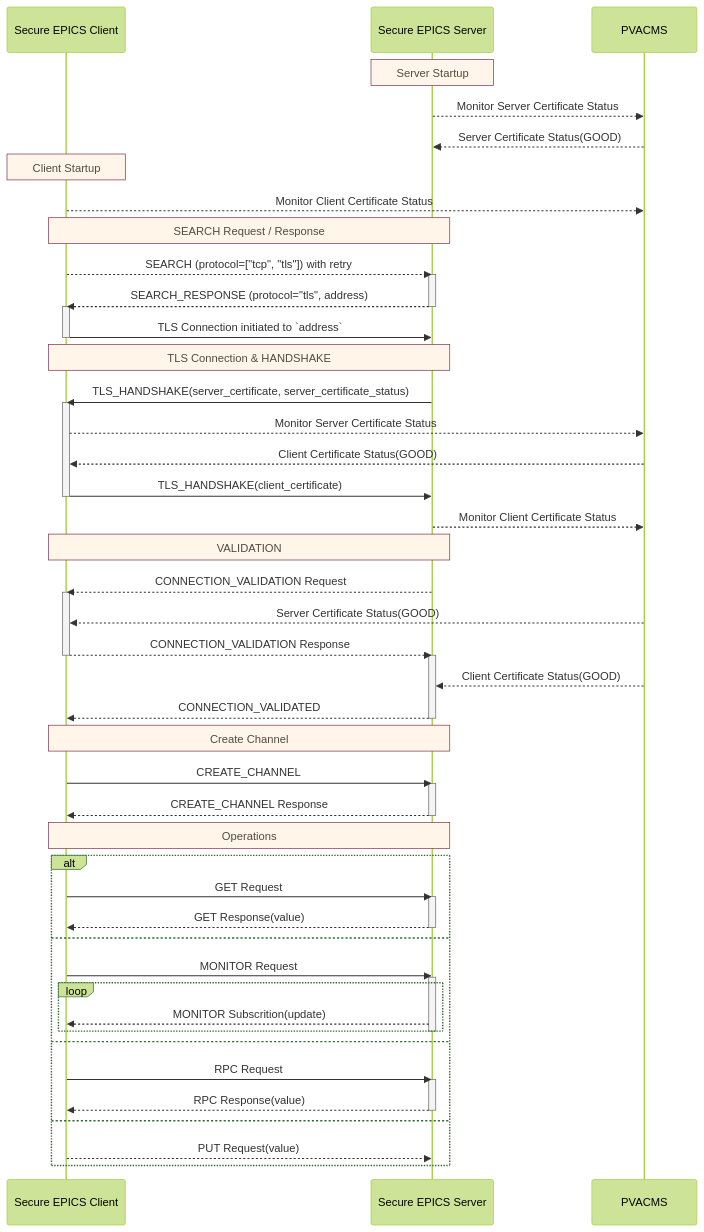
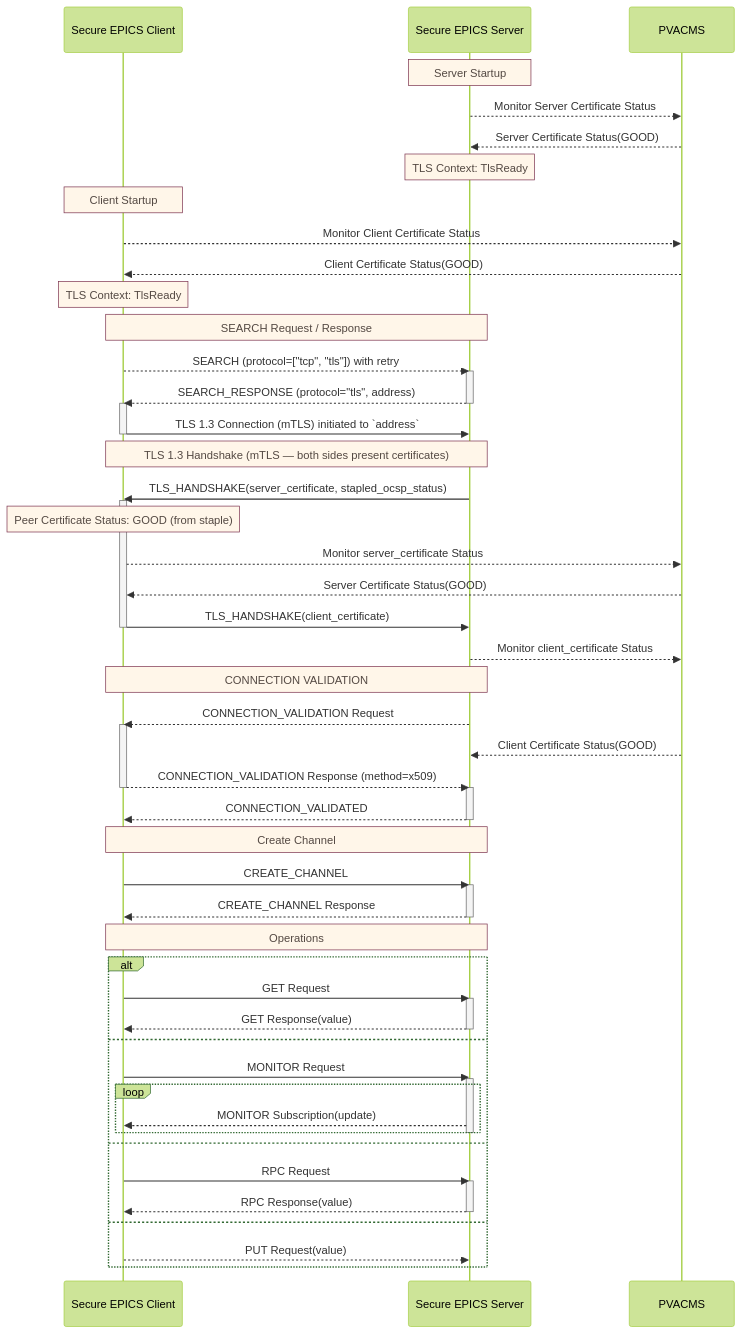
Before and after one commit to slac-epics/pvxs-docs: the diagram in documentation/diagram_specs/spva_simple_seq.mmd, drawn with Mermaid. The commit also changed 11 other files, not shown here.

Commit message:
Expanded Secure PVAccess documentation with detailed explanations of certificate renewal processes, SAG-based access control, mTLS modes, certificate lifecycle management, and new diagrams for state transitions and glossary terms.

```diff
--- a/documentation/diagram_specs/spva_simple_seq.mmd
+++ b/documentation/diagram_specs/spva_simple_seq.mmd
@@ -1,87 +1,88 @@
-%%{init: {
+ %%{init: {
     'theme': 'forest',
     'themeVariables': {
         'noteBkgColor': '#fff6e9',
         'noteBorderColor': '#7c334f',
         'noteTextColor': '#544943',
         'fontFamily': 'Georgia Serif',
         'fontSize': '12px',
         'messageFontSize': '12px',
         'noteFontSize': '12px',
         'actorFontSize': '14px',
         'width': 1200,
         'boxMargin': 20,
         'messageMargin': 40
     }
 }}%%
 sequenceDiagram
     participant Agent as Secure EPICS Client
     participant Peer as Secure EPICS Server
     participant PVACMS as PVACMS
 
     Note over Peer: Server Startup
     Peer-->>PVACMS: Monitor Server Certificate Status
     PVACMS-->>Peer: Server Certificate Status(GOOD)
+    Note over Peer: TLS Context: TlsReady
 
     Note over Agent: Client Startup
     Agent-->>PVACMS: Monitor Client Certificate Status
+    PVACMS-->>Agent: Client Certificate Status(GOOD)
+    Note over Agent: TLS Context: TlsReady
 
     Note over Agent, Peer: SEARCH Request / Response
     Agent-->>Peer: SEARCH (protocol=["tcp", "tls"]) with retry
     activate Peer
     Peer-->>Agent: SEARCH_RESPONSE (protocol="tls", address)
     deactivate Peer
     activate Agent
-    Agent->>Peer: TLS Connection initiated to `address`
+    Agent->>Peer: TLS 1.3 Connection (mTLS) initiated to `address`
     deactivate Agent
 
-    Note over Agent,Peer: TLS Connection & HANDSHAKE
-    Peer->>Agent: TLS_HANDSHAKE(server_certificate, server_certificate_status)
+    Note over Agent,Peer: TLS 1.3 Handshake (mTLS — both sides present certificates)
+    Peer->>Agent: TLS_HANDSHAKE(server_certificate, stapled_ocsp_status)
     activate Agent
-    Agent-->>PVACMS: Monitor Server Certificate Status
-    PVACMS-->>Agent: Client Certificate Status(GOOD)
+    Note over Agent: Peer Certificate Status: GOOD (from staple)
+    Agent-->>PVACMS: Monitor server_certificate Status
+    PVACMS-->>Agent: Server Certificate Status(GOOD)
     Agent->>Peer: TLS_HANDSHAKE(client_certificate)
     deactivate Agent
-    Peer-->>PVACMS: Monitor Client Certificate Status
+    Peer-->>PVACMS: Monitor client_certificate Status
 
-
-    Note over Agent, Peer: VALIDATION
-
+    Note over Agent, Peer: CONNECTION VALIDATION
     Peer-->>Agent: CONNECTION_VALIDATION Request
     activate Agent
-    PVACMS-->>Agent: Server Certificate Status(GOOD)
-    Agent-->>Peer: CONNECTION_VALIDATION Response
+    PVACMS-->>Peer: Client Certificate Status(GOOD)
+    Agent-->>Peer: CONNECTION_VALIDATION Response (method=x509)
     deactivate Agent
     activate Peer
-    PVACMS-->>Peer: Client Certificate Status(GOOD)
     Peer-->>Agent: CONNECTION_VALIDATED
     deactivate Peer
 
     Note over Agent, Peer: Create Channel
     Agent->>Peer: CREATE_CHANNEL
     activate Peer
     Peer-->>Agent: CREATE_CHANNEL Response
     deactivate Peer
 
     %% Operations
     Note over Agent, Peer: Operations
     alt
         Agent->>Peer: GET Request
         activate Peer
         Peer-->>Agent: GET Response(value)
         deactivate Peer
     else
         Agent->>Peer: MONITOR Request
         activate Peer
         loop
-            Peer-->>Agent: MONITOR Subscrition(update)
+            Peer-->>Agent: MONITOR Subscription(update)
         end
         deactivate Peer
     else
         Agent->>Peer: RPC Request
         activate Peer
         Peer-->>Agent: RPC Response(value)
         deactivate Peer
     else
         Agent-->>Peer: PUT Request(value)
     end
```
